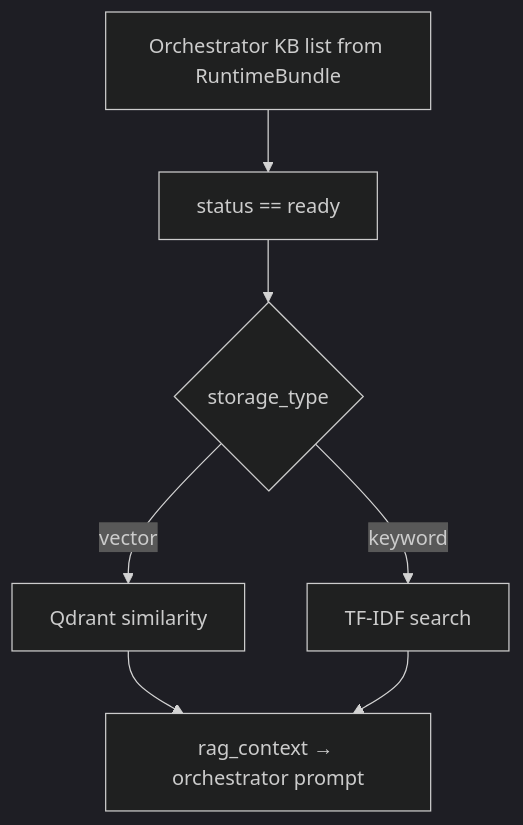
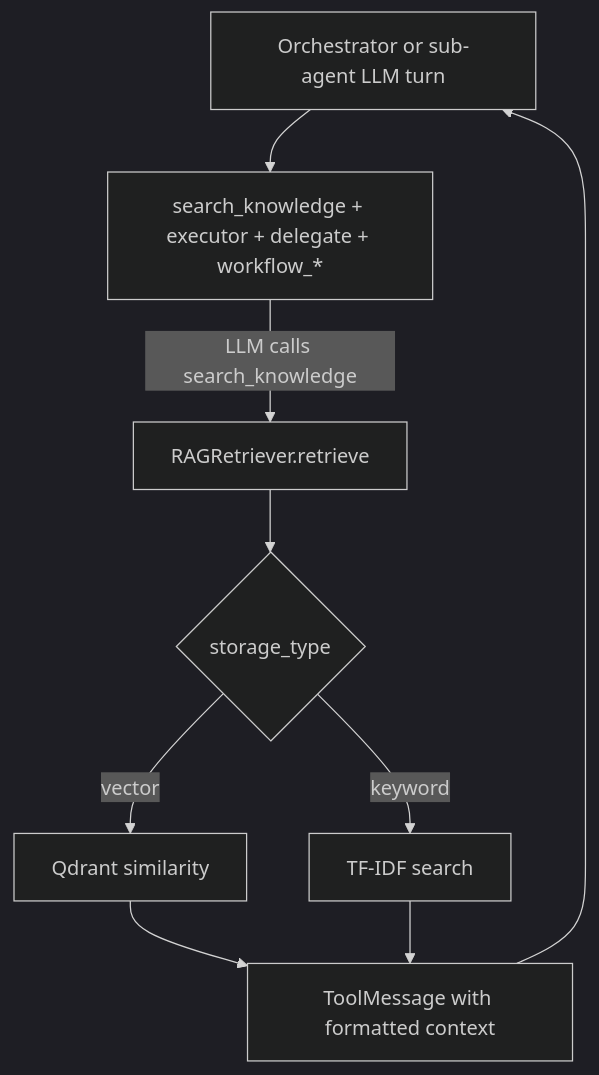
The diagram in backend/document/chat/03-rag-at-chat-diagrams.md (shehan-jayasinghe/bot-builder), drawn with Mermaid (dark theme) before and after one commit. The commit also changed other lines of this file and 37 other files, not shown here.

Commit message:
feat: implement search knowledge tool and update agentic migration phases

````diff
--- a/backend/document/chat/03-rag-at-chat-diagrams.md
+++ b/backend/document/chat/03-rag-at-chat-diagrams.md
@@ -19,10 +17,12 @@
 ```mermaid
 flowchart TB
-    SCOPE[Orchestrator KB list from RuntimeBundle]
-    SCOPE --> FILTER[status == ready]
-    FILTER --> TYPE{storage_type}
+    TURN[Orchestrator or sub-agent LLM turn]
+    TURN --> TOOLS[search_knowledge + executor + delegate + workflow_*]
+    TOOLS -->|LLM calls search_knowledge| RET[RAGRetriever.retrieve]
+    RET --> TYPE{storage_type}
     TYPE -->|vector| Q[Qdrant similarity]
-    TYPE -->|keyword| T[TF-IDF search]
-    Q --> CTX[rag_context → orchestrator prompt]
-    T --> CTX
+    TYPE -->|keyword| K[TF-IDF search]
+    Q --> TM[ToolMessage with formatted context]
+    K --> TM
+    TM --> TURN
 ```
````
